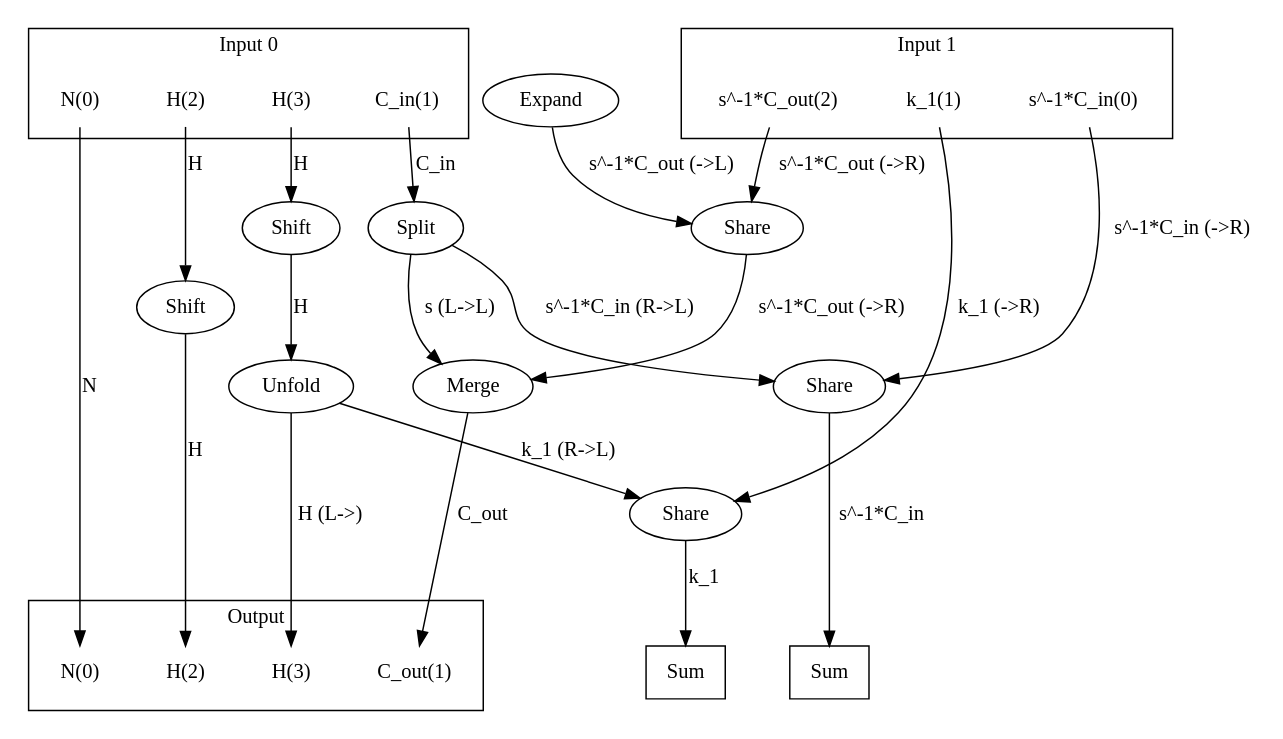
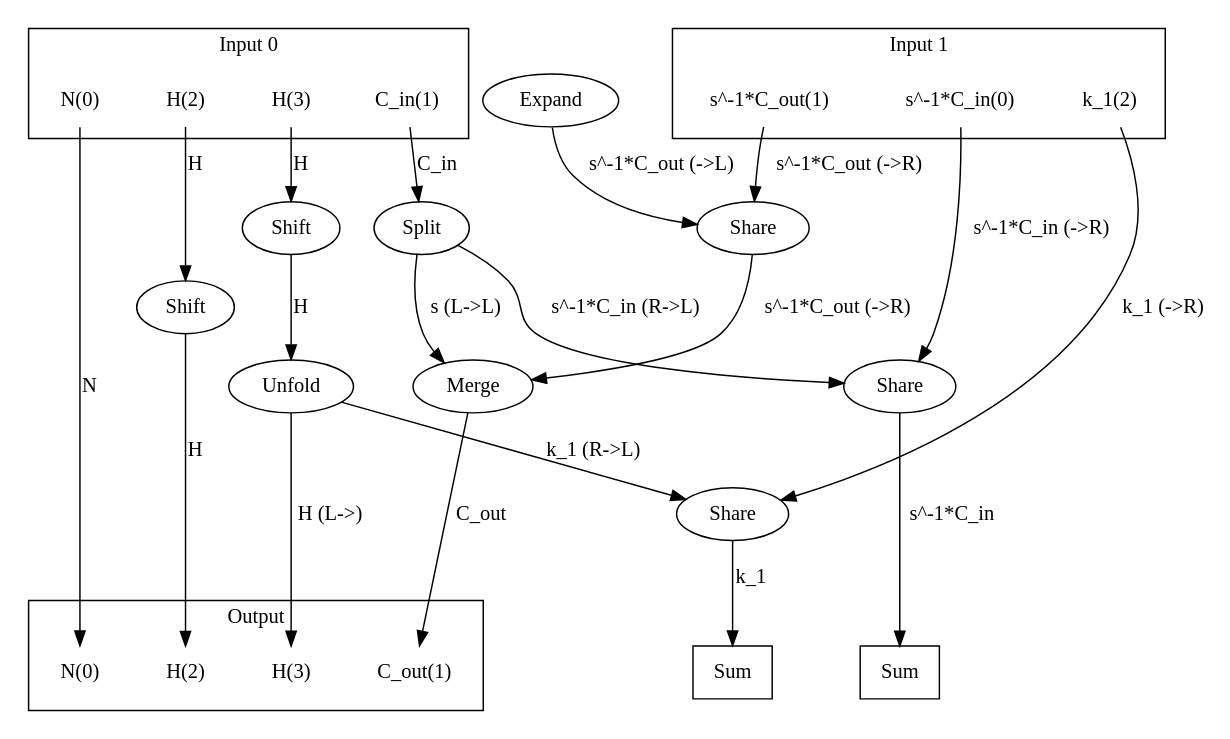
One commit to Yongqi-Zhuo/Syno-AE changed the diagram in data/vision/mdev/good-kernels-imagenet/resnext29_2x64d/07914_12248527428387887982/kernel_scheduler_dir/kernel_graph.dot. Above: the diagram before and after it, drawn with Graphviz. The commit also changed 509 other files, not shown here.

```diff
--- a/data/vision/mdev/good-kernels-imagenet/resnext29_2x64d/07914_12248527428387887982/kernel_scheduler_dir/kernel_graph.dot
+++ b/data/vision/mdev/good-kernels-imagenet/resnext29_2x64d/07914_12248527428387887982/kernel_scheduler_dir/kernel_graph.dot
@@ -1,69 +1,69 @@
 digraph kernel_generated {
 newrank = true;
-op_0x7fe6ac009c40 [label="Unfold"];
-op_0x7fe7b0025ff0 [label="Split"];
-op_0x7fe82c00dd80 [label="Share"];
-op_0x7fe9d40046d0 [label="Share"];
-op_0x7fe9d4004810 [label="Share"];
-op_0x7fea48004e18 [label="Expand"];
-op_0x7fea48005780 [label="Shift"];
-op_0x7fea48005a50 [label="Shift"];
-op_0x7fea48007a10 [label="Merge"];
-reduce_0x7fe2a8001998 [label="Sum", shape=box];
-reduce_0x7fe2a8005ad8 [label="Sum", shape=box];
+op_0x55efa1d44450 [label="Share"];
+op_0x55efa1d444a0 [label="Share"];
+op_0x55efa1d444f0 [label="Share"];
+op_0x55efa1d44978 [label="Expand"];
+op_0x55efa1d451c0 [label="Shift"];
+op_0x55efa1d45220 [label="Shift"];
+op_0x55efa1d463c0 [label="Split"];
+op_0x55efa1d467b0 [label="Merge"];
+op_0x55efa1d54980 [label="Unfold"];
+reduce_0x7f3dcc001a98 [label="Sum", shape=box];
+reduce_0x7f3dcc0058d8 [label="Sum", shape=box];
 subgraph cluster_out {
 label = "Output";
 out_0 [label="N(0)", shape=none];
 out_1 [label="C_out(1)", shape=none];
 out_2 [label="H(2)", shape=none];
 out_3 [label="H(3)", shape=none];
 }
 { rank = same;
-reduce_0x7fe2a8001998;
-reduce_0x7fe2a8005ad8;
+reduce_0x7f3dcc001a98;
+reduce_0x7f3dcc0058d8;
 out_0;
 out_1;
 out_2;
 out_3;
 }
 subgraph cluster_in_0 {
 label = "Input 0";
 in_0_0 [label="N(0)", shape=none];
 in_0_1 [label="C_in(1)", shape=none];
 in_0_2 [label="H(2)", shape=none];
 in_0_3 [label="H(3)", shape=none];
 }
 subgraph cluster_in_1 {
 label = "Input 1";
 in_1_0 [label="s^-1*C_in(0)", shape=none];
-in_1_1 [label="k_1(1)", shape=none];
-in_1_2 [label="s^-1*C_out(2)", shape=none];
+in_1_1 [label="s^-1*C_out(1)", shape=none];
+in_1_2 [label="k_1(2)", shape=none];
 }
 { rank = same;
 in_0_0;
 in_0_1;
 in_0_2;
 in_0_3;
 in_1_0;
 in_1_1;
 in_1_2;
 }
 in_0_0 -> out_0 [label="N"];
-in_0_1 -> op_0x7fe7b0025ff0 [label="C_in"];
-in_0_2 -> op_0x7fea48005780 [label="H"];
-in_0_3 -> op_0x7fea48005a50 [label="H"];
-in_1_0 -> op_0x7fe9d40046d0 [label="s^-1*C_in (->R)"];
-in_1_1 -> op_0x7fe9d4004810 [label="k_1 (->R)"];
-in_1_2 -> op_0x7fe82c00dd80 [label="s^-1*C_out (->R)"];
-op_0x7fea48007a10 -> out_1 [label="C_out"];
-op_0x7fea48005780 -> out_2 [label="H"];
-op_0x7fe6ac009c40 -> out_3 [label="H (L->)"];
-op_0x7fe9d4004810 -> reduce_0x7fe2a8001998 [label="k_1"];
-op_0x7fe9d40046d0 -> reduce_0x7fe2a8005ad8 [label="s^-1*C_in"];
-op_0x7fea48005a50 -> op_0x7fe6ac009c40 [label="H"];
-op_0x7fea48004e18 -> op_0x7fe82c00dd80 [label="s^-1*C_out (->L)"];
-op_0x7fe7b0025ff0 -> op_0x7fe9d40046d0 [label="s^-1*C_in (R->L)"];
-op_0x7fe6ac009c40 -> op_0x7fe9d4004810 [label="k_1 (R->L)"];
-op_0x7fe7b0025ff0 -> op_0x7fea48007a10 [label="s (L->L)"];
-op_0x7fe82c00dd80 -> op_0x7fea48007a10 [label="s^-1*C_out (->R)"];
+in_0_1 -> op_0x55efa1d463c0 [label="C_in"];
+in_0_2 -> op_0x55efa1d451c0 [label="H"];
+in_0_3 -> op_0x55efa1d45220 [label="H"];
+in_1_0 -> op_0x55efa1d44450 [label="s^-1*C_in (->R)"];
+in_1_1 -> op_0x55efa1d444f0 [label="s^-1*C_out (->R)"];
+in_1_2 -> op_0x55efa1d444a0 [label="k_1 (->R)"];
+op_0x55efa1d467b0 -> out_1 [label="C_out"];
+op_0x55efa1d451c0 -> out_2 [label="H"];
+op_0x55efa1d54980 -> out_3 [label="H (L->)"];
+op_0x55efa1d463c0 -> op_0x55efa1d44450 [label="s^-1*C_in (R->L)"];
+op_0x55efa1d54980 -> op_0x55efa1d444a0 [label="k_1 (R->L)"];
+op_0x55efa1d44978 -> op_0x55efa1d444f0 [label="s^-1*C_out (->L)"];
+op_0x55efa1d463c0 -> op_0x55efa1d467b0 [label="s (L->L)"];
+op_0x55efa1d444f0 -> op_0x55efa1d467b0 [label="s^-1*C_out (->R)"];
+op_0x55efa1d45220 -> op_0x55efa1d54980 [label="H"];
+op_0x55efa1d444a0 -> reduce_0x7f3dcc001a98 [label="k_1"];
+op_0x55efa1d44450 -> reduce_0x7f3dcc0058d8 [label="s^-1*C_in"];
 }
```
